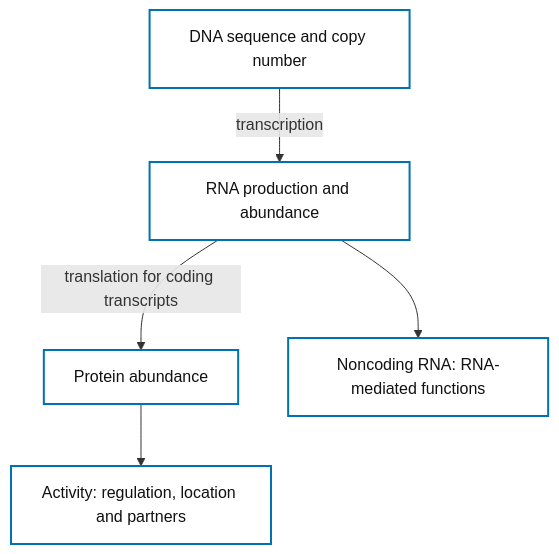
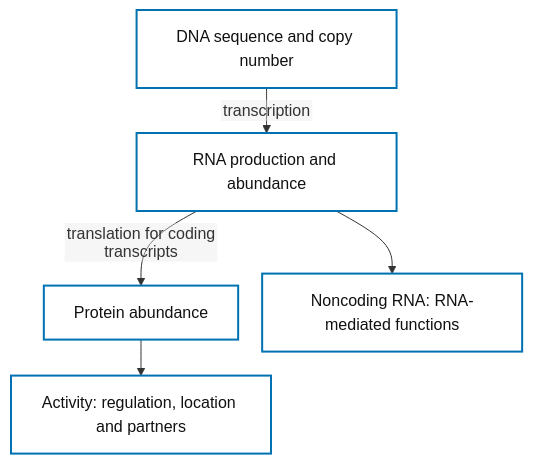
Before and after one commit to pskeffington/Dartmouth.HSE.Public: the first of 7 diagrams in 06_RESOURCES/Genomics/BREAST_CANCER_60_GENE_COMPANION.md, drawn with Mermaid. The commit also changed 4 other files, not shown here.

Commit message:
Use SVG text labels for reliable DNA schematic rendering

````diff
--- a/06_RESOURCES/Genomics/BREAST_CANCER_60_GENE_COMPANION.md
+++ b/06_RESOURCES/Genomics/BREAST_CANCER_60_GENE_COMPANION.md
@@ -79,9 +79,10 @@
 ```mermaid
+%%{init: {"flowchart": {"htmlLabels": false, "rankSpacing": 24, "nodeSpacing": 24}}}%%
 flowchart TD
   D["DNA sequence and copy number"] -->|transcription| R["RNA production and abundance"]
   R -->|translation for coding transcripts| P["Protein abundance"]
   P --> A["Activity: regulation, location and partners"]
   R --> N["Noncoding RNA: RNA-mediated functions"]
   classDef concept fill:#FFFFFF,stroke:#0072B2,color:#111111,stroke-width:2px;
   class D,R,P,A,N concept;
 ```
````
